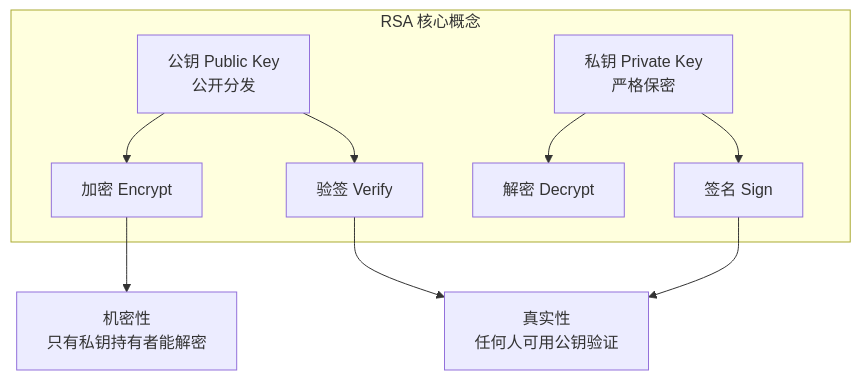
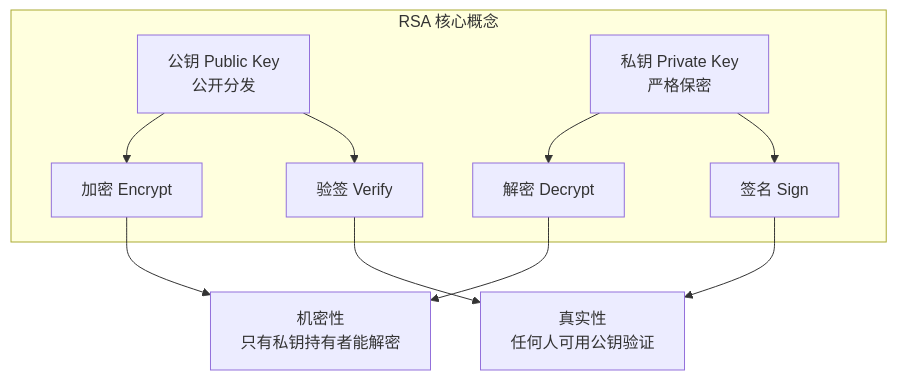
Before and after one commit to zhaofutao04/zblog: the first of 16 diagrams in docs/_posts/rsa-algorithm-guide.md, drawn with Mermaid.

Commit message:
docs: 完善 RSA 流程图，添加解密到机密性的连线

````diff
--- a/docs/_posts/rsa-algorithm-guide.md
+++ b/docs/_posts/rsa-algorithm-guide.md
@@ -19,13 +19,14 @@
 ```mermaid
 flowchart TB
     subgraph "RSA 核心概念"
         A["公钥 Public Key<br/>公开分发"] --> B["加密 Encrypt"]
         A --> C["验签 Verify"]
         D["私钥 Private Key<br/>严格保密"] --> E["解密 Decrypt"]
         D --> F["签名 Sign"]
     end
 
     B --> G["机密性<br/>只有私钥持有者能解密"]
     F --> H["真实性<br/>任何人可用公钥验证"]
     C --> H
+    E --> G
 ```
````
